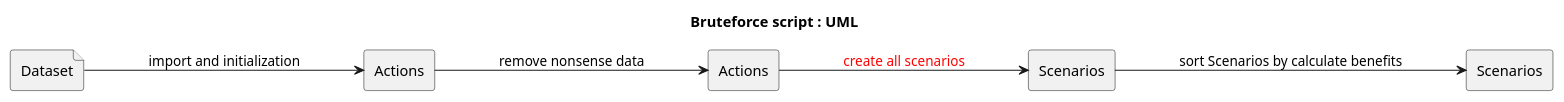
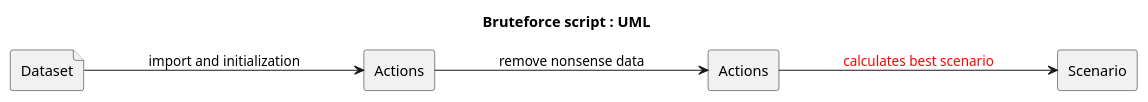
The diagram in UML/bruteforce_uml.puml (Jeremie-Silva/algo_optimisation), drawn with PlantUML before and after one commit. The commit also changed 3 other files, not shown here.

```diff
--- a/UML/bruteforce_uml.puml
+++ b/UML/bruteforce_uml.puml
@@ -1,15 +1,13 @@
 @startuml
 title Bruteforce script : UML
 
 left to right direction
 file Dataset as dataset
 rectangle Actions as action_1
 rectangle Actions as action_2
-rectangle Scenarios as scenario_1
-rectangle Scenarios as scenario_2
+rectangle Scenario as scenario_1
 
 dataset ---> action_1 : "import and initialization"
 action_1 ---> action_2 : "remove nonsense data"
-action_2 ---> scenario_1 #text:red : "create all scenarios"
-scenario_1 ---> scenario_2 : "sort Scenarios by calculate benefits"
+action_2 ---> scenario_1 #text:red : "calculates best scenario"
 @enduml
```
